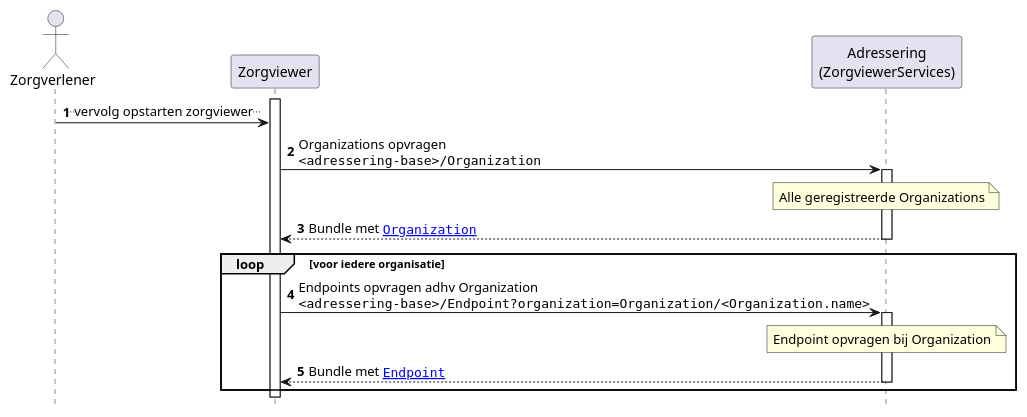
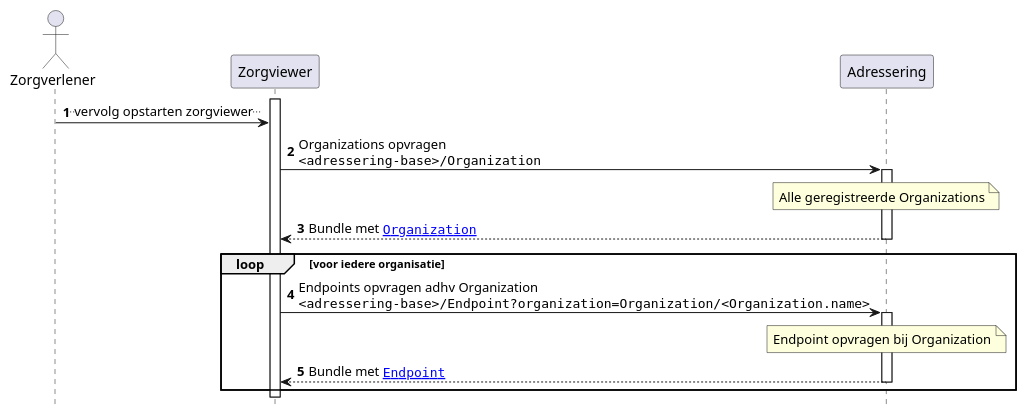
Before and after one commit to RIVO-Noord/zorgviewer-ig: the diagram in input/images-source/Zorgviewer-seq-2a.plantuml, drawn with PlantUML. The commit also changed 6 other files, not shown here.

Commit message:
Zorgviewer services pagina aangemaakt

```diff
--- a/input/images-source/Zorgviewer-seq-2a.plantuml
+++ b/input/images-source/Zorgviewer-seq-2a.plantuml
@@ -1,32 +1,32 @@
 @startuml
 hide footbox
 autonumber
 
 actor Zorgverlener
 participant "Zorgviewer" as Zorgviewer
-participant "Adressering\n(ZorgviewerServices)" as Adressering
+participant "Adressering" as Adressering
 
 activate Zorgviewer
 Zorgverlener->Zorgviewer: ..vervolg opstarten zorgviewer..
 
 Zorgviewer->Adressering: Organizations opvragen\n""<adressering-base>/Organization""
 note over Adressering
   Alle geregistreerde Organizations
 end note
 activate Adressering
 Adressering-->Zorgviewer: Bundle met ""[[StructureDefinition-Organization.html Organization]]""
 deactivate Adressering
 
 loop voor iedere organisatie
     Zorgviewer->Adressering: Endpoints opvragen adhv Organization\n""<adressering-base>/Endpoint?organization=Organization/<Organization.name>""
     note over Adressering
     Endpoint opvragen bij Organization
     end note
     activate Adressering
     Adressering-->Zorgviewer: Bundle met ""[[StructureDefinition-Endpoint.html Endpoint]]""
     deactivate Adressering
 end loop
 
 deactivate Zorgviewer
 
 @enduml
```
